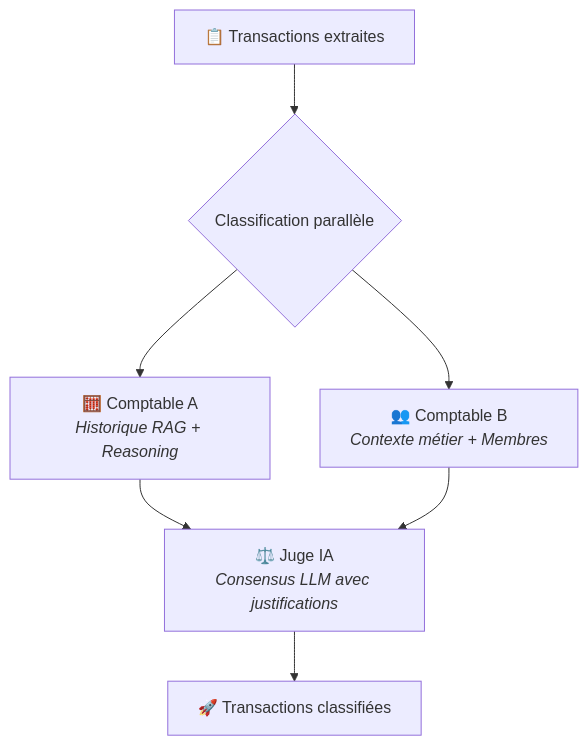
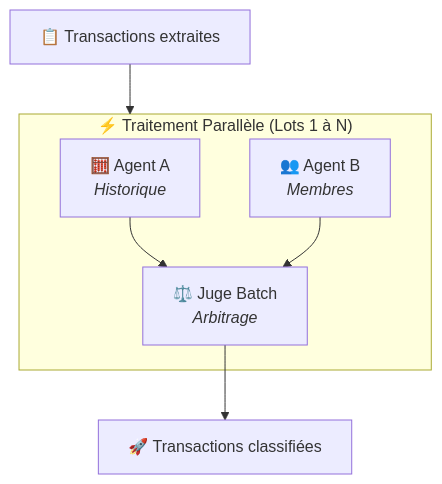
One commit to jknebel/Association_compta changed the second of 2 diagrams in README.md. Above: the diagram before and after it, drawn with Mermaid. The commit also changed other lines of this file, not shown here.

Commit message:
Update README with new architecture and Gemini 2.5 details

````diff
--- a/README.md
+++ b/README.md
@@ -67,8 +53,10 @@
 ```mermaid
 graph TD
-    E["📋 Transactions extraites"] --> F{"Classification parallèle"}
-    F --> G["🧮 Comptable A<br/><i>Historique RAG + Reasoning</i>"]
-    F --> H["👥 Comptable B<br/><i>Contexte métier + Membres</i>"]
-    G & H --> I["⚖️ Juge IA<br/><i>Consensus LLM avec justifications</i>"]
+    E["📋 Transactions extraites"] --> F["📦 Split en lots de 10"]
+    subgraph F["⚡ Traitement Parallèle (Lots 1 à N)"]
+        G["🧮 Agent A<br/><i>Historique</i>"]
+        H["👥 Agent B<br/><i>Membres</i>"]
+        G & H --> I["⚖️ Juge Batch<br/><i>Arbitrage</i>"]
+    end
     I --> J["🚀 Transactions classifiées"]
 ```
````
